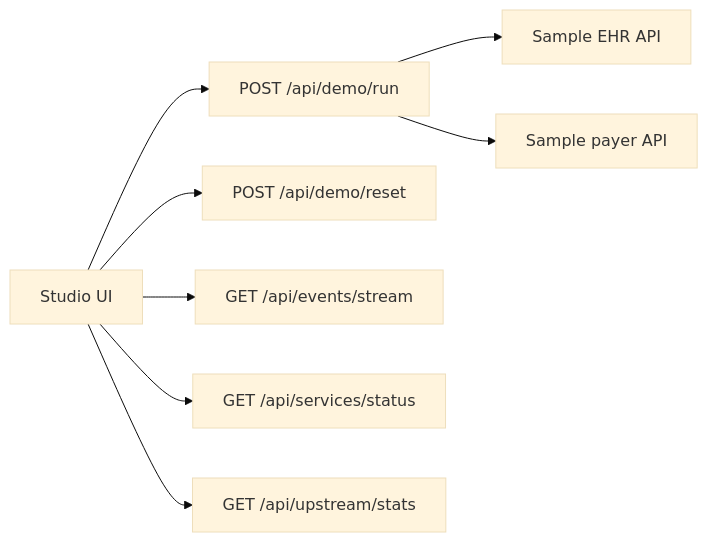
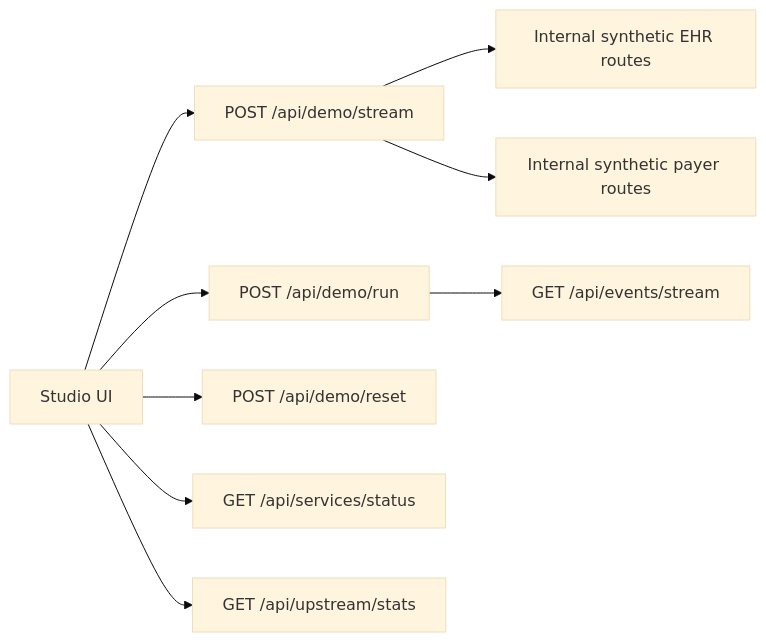
Before and after one commit to roshaninfordham/healthagentpassport: the first of 2 diagrams in docs/api-reference.md, drawn with Mermaid (base theme). The commit also changed other lines of this file and 34 other files, not shown here.

````diff
--- a/docs/api-reference.md
+++ b/docs/api-reference.md
@@ -7,10 +7,11 @@
 ```mermaid
 flowchart LR
-  UI["Studio UI"] --> Run["POST /api/demo/run"]
+  UI["Studio UI"] --> Stream["POST /api/demo/stream"]
+  UI --> Run["POST /api/demo/run"]
   UI --> Reset["POST /api/demo/reset"]
-  UI --> Stream["GET /api/events/stream"]
   UI --> Status["GET /api/services/status"]
   UI --> Stats["GET /api/upstream/stats"]
-  Run --> EHR["Sample EHR API"]
-  Run --> Payer["Sample payer API"]
+  Stream --> EHR["Internal synthetic EHR routes"]
+  Stream --> Payer["Internal synthetic payer routes"]
+  Run --> LegacyEvents["GET /api/events/stream"]
 ```
````
